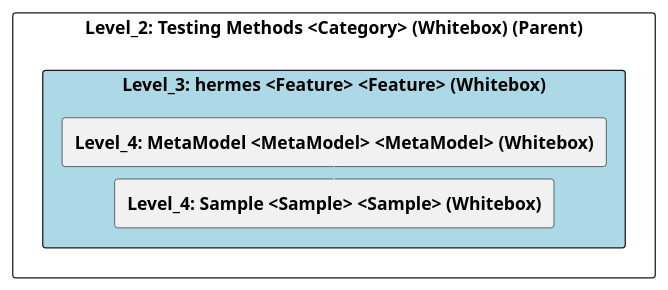
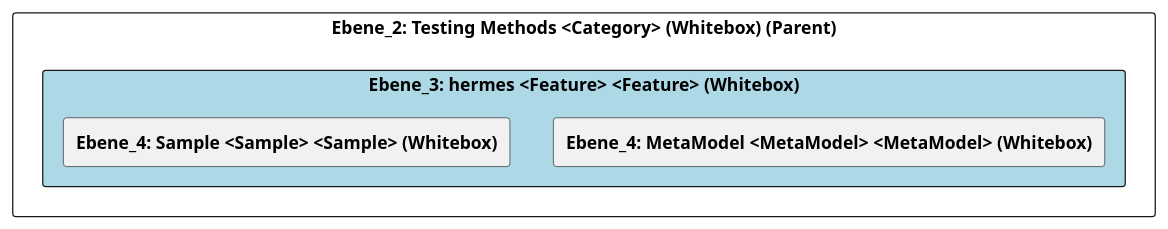
The diagram in doc/cleonproject_deliverables_architecture_model_architecture/adoc/de/05_bausteinsicht/cleon/testing_methods/hermes/ebene_3_hermes.adoc (marcozwyssig/cleon), drawn with PlantUML before and after one commit. The commit also changed other lines of this file and 150 other files, not shown here.

```diff
--- a/doc/cleonproject_deliverables_architecture_model_architecture/adoc/de/05_bausteinsicht/cleon/testing_methods/hermes/ebene_3_hermes.adoc
+++ b/doc/cleonproject_deliverables_architecture_model_architecture/adoc/de/05_bausteinsicht/cleon/testing_methods/hermes/ebene_3_hermes.adoc
@@ -20,28 +20,25 @@
-[plantuml, Level_3: hermes <Feature> <Feature> (Whitebox)BlockOverview, format="svg"]
+[plantuml, Ebene_3: hermes <Feature> <Feature> (Whitebox)BlockOverview, format="svg"]
 ----
-@startuml Level_3: hermes <Feature> <Feature> (Whitebox)BuildingBlockOverview
+@startuml Ebene_3: hermes <Feature> <Feature> (Whitebox)BuildingBlockOverview
 
 skinparam ranksep 10
 skinparam componentStyle rectangle
 skinparam shadowing false
 skinparam arrowColor lightblue
 skinparam arrowThickness 1.2
 skinparam rectangle {
   BackgroundColor White
   BorderColor #333
   RoundCorner 10
 }
 top to bottom direction
 
-component "Level_2: Testing Methods <Category> (Whitebox) (Parent)" {
-    component "Level_3: hermes <Feature> <Feature> (Whitebox)" #lightblue {
-        [**Level_4: MetaModel <MetaModel> <MetaModel> (Whitebox)**] as 4A56DE3F_D579_11EE_903E_9F564E4DE07E
-        [**Level_4: Sample <Sample> <Sample> (Whitebox)**] as 4A56DE42_D579_11EE_903E_9F564E4DE07E
+component "Ebene_2: Testing Methods <Category> (Whitebox) (Parent)" {
+    component "Ebene_3: hermes <Feature> <Feature> (Whitebox)" #lightblue {
+        [**Ebene_4: MetaModel <MetaModel> <MetaModel> (Whitebox)**] as 4A56DE3F_D579_11EE_903E_9F564E4DE07E
+        [**Ebene_4: Sample <Sample> <Sample> (Whitebox)**] as 4A56DE42_D579_11EE_903E_9F564E4DE07E
     }
-
-    4A56DE3F_D579_11EE_903E_9F564E4DE07E -down-> 4A56DE42_D579_11EE_903E_9F564E4DE07E
-    
 }
 
 @enduml
 ----
```
